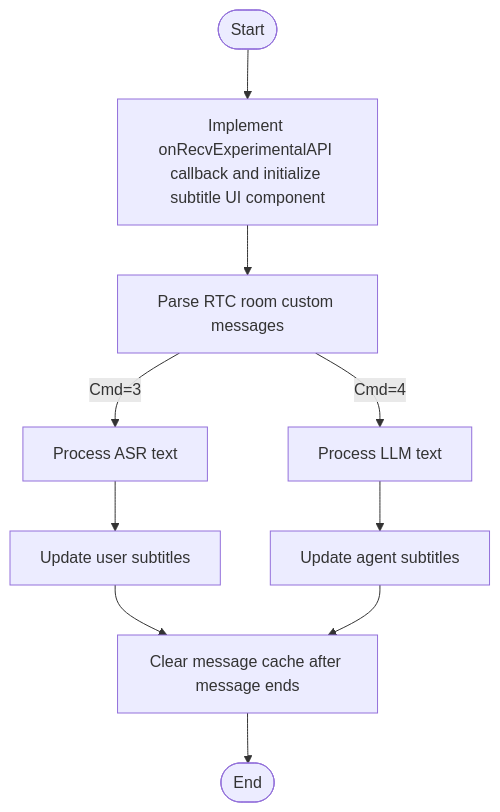
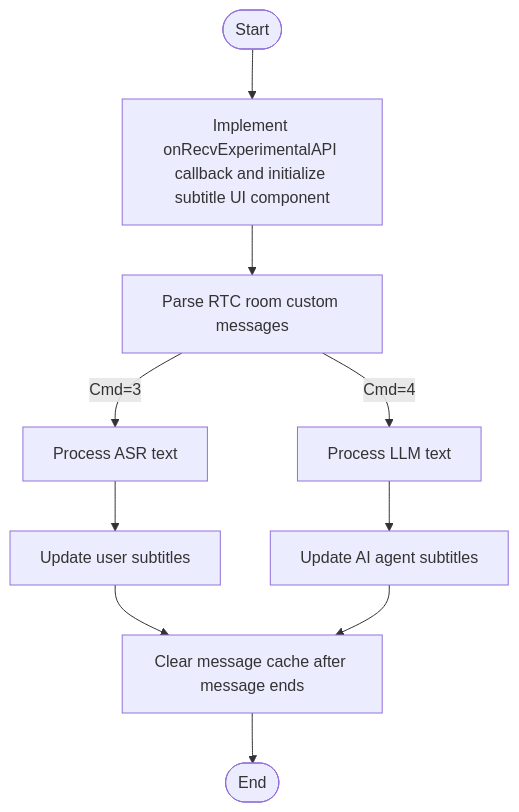
The diagram in core_products/aiagent/en/docs_aiagent_android/Guides/Display subtitles.mdx (ZEGOCLOUD/docs_all), drawn with Mermaid before and after one commit. The commit also changed other lines of this file and 9 other files, not shown here.

````diff
--- a/core_products/aiagent/en/docs_aiagent_android/Guides/Display subtitles.mdx
+++ b/core_products/aiagent/en/docs_aiagent_android/Guides/Display subtitles.mdx
@@ -23,12 +23,12 @@
 ```mermaid
 flowchart TD
     Start([Start]) --> Init[Implement onRecvExperimentalAPI callback and initialize subtitle UI component]
     Init --> ParseMessage[Parse RTC room custom messages]
     ParseMessage --> |Cmd=3| ProcessASR[Process ASR text]
     ParseMessage --> |Cmd=4| ProcessLLM[Process LLM text]
     ProcessASR --> UpdateSubtitles1[Update user subtitles]
-    ProcessLLM --> UpdateSubtitles2[Update agent subtitles]
+    ProcessLLM --> UpdateSubtitles2[Update AI agent subtitles]
     UpdateSubtitles1 --> HandleEndFlags[Clear message cache after message ends]
     UpdateSubtitles2 --> HandleEndFlags[Clear message cache after message ends]
     HandleEndFlags --> End([End])
 ```
````
